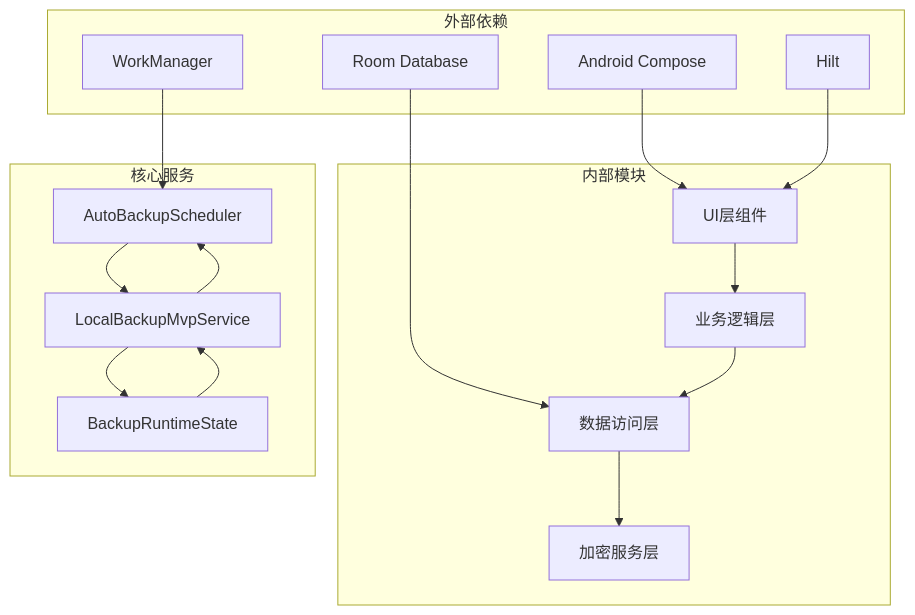
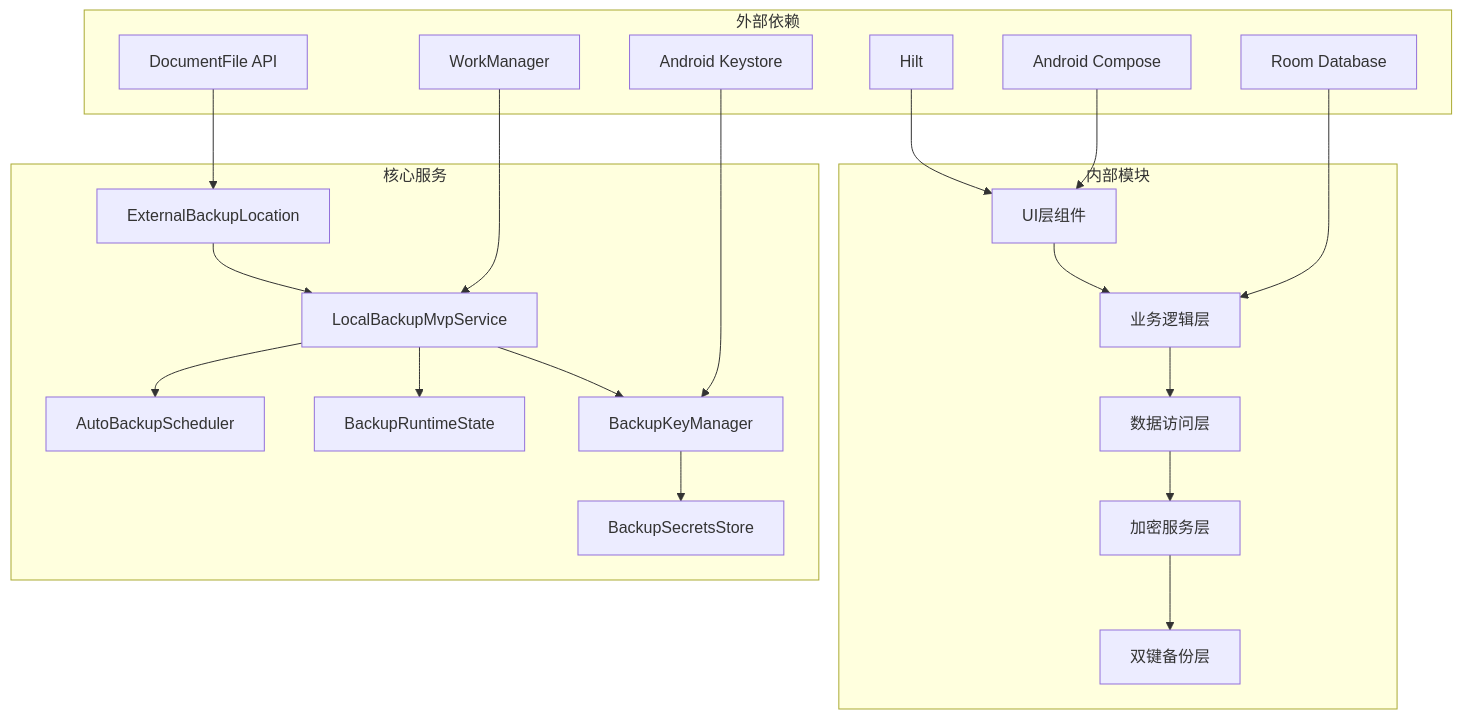
One commit to wanhongbo/ai-photo-vault changed diagram 12 of 12 in .qoder/repowiki/zh/content/UI组件系统/备份进度界面.md. Above: the diagram before and after it, drawn with Mermaid. The commit also changed other lines of this file and 22 other files, not shown here.

````diff
--- a/.qoder/repowiki/zh/content/UI组件系统/备份进度界面.md
+++ b/.qoder/repowiki/zh/content/UI组件系统/备份进度界面.md
@@ -369,31 +450,41 @@
 ```mermaid
 graph TB
 subgraph "外部依赖"
 A[Android Compose]
 B[WorkManager]
 C[Hilt]
 D[Room Database]
+E[Android Keystore]
+F[DocumentFile API]
 end
 subgraph "内部模块"
-E[UI层组件]
-F[业务逻辑层]
-G[数据访问层]
-H[加密服务层]
+G[UI层组件]
+H[业务逻辑层]
+I[数据访问层]
+J[加密服务层]
+K[双键备份层]
 end
 subgraph "核心服务"
-I[LocalBackupMvpService]
-J[AutoBackupScheduler]
-K[BackupRuntimeState]
+L[LocalBackupMvpService]
+M[AutoBackupScheduler]
+N[BackupRuntimeState]
+O[BackupKeyManager]
+P[BackupSecretsStore]
+Q[ExternalBackupLocation]
 end
-A --> E
-B --> J
-C --> E
-D --> G
-E --> F
-F --> G
+A --> G
+B --> L
+C --> G
+D --> H
+E --> O
+F --> Q
 G --> H
+H --> I
 I --> J
-I --> K
-J --> I
-K --> I
+J --> K
+L --> M
+L --> N
+L --> O
+O --> P
+Q --> L
 ```
````
